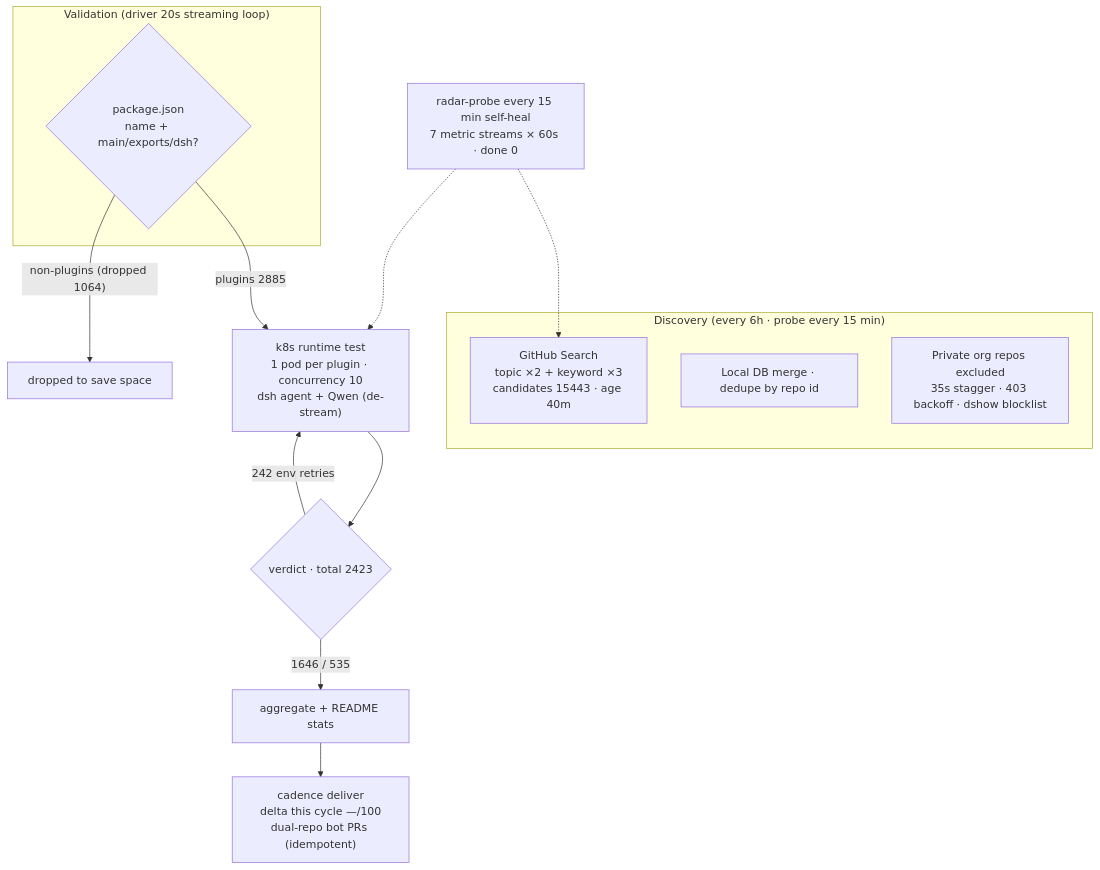
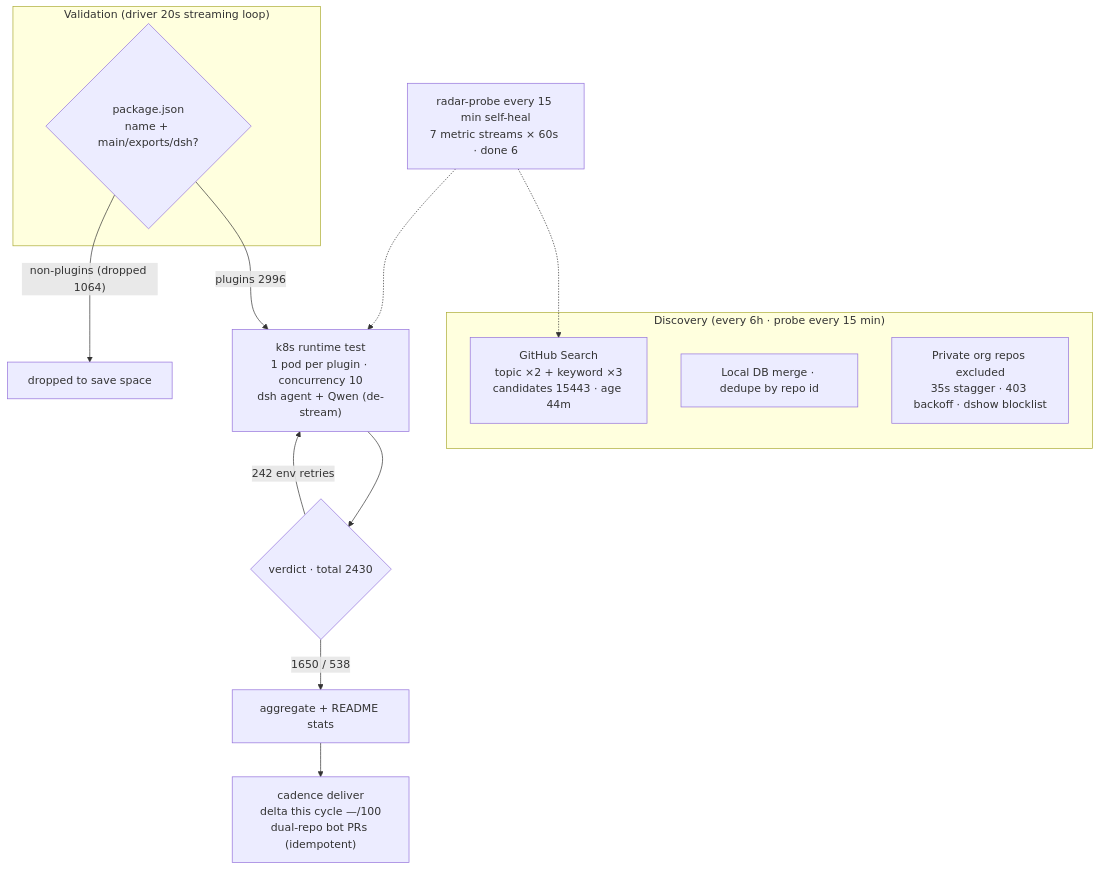
The diagram in README.en-US.md (AdamPlatin123/awesome-dsh-plugins), drawn with Mermaid before and after one commit. The commit also changed other lines of this file and 5 other files, not shown here.

````diff
--- a/README.en-US.md
+++ b/README.en-US.md
@@ -30,20 +30,20 @@
 ```mermaid
 flowchart TB
     subgraph Discovery["Discovery (every 6h · probe every 15 min)"]
-        A1["GitHub Search<br/>topic ×2 + keyword ×3<br/>candidates 15443 · age 40m"]
+        A1["GitHub Search<br/>topic ×2 + keyword ×3<br/>candidates 15443 · age 44m"]
         A2["Local DB merge · dedupe by repo id"]
         A3["Private org repos excluded<br/>35s stagger · 403 backoff · dshow blocklist"]
     end
     subgraph Validation["Validation (driver 20s streaming loop)"]
         B1{"package.json<br/>name + main/exports/dsh?"}
     end
-    B1 -->|"plugins 2885"| C1["k8s runtime test<br/>1 pod per plugin · concurrency 10<br/>dsh agent + Qwen (de-stream)"]
+    B1 -->|"plugins 2996"| C1["k8s runtime test<br/>1 pod per plugin · concurrency 10<br/>dsh agent + Qwen (de-stream)"]
     B1 -->|"non-plugins (dropped 1064)"| B3["dropped to save space"]
-    C1 --> D1{"verdict · total 2423"}
-    D1 -->|"1646 / 535"| E1["aggregate + README stats"]
+    C1 --> D1{"verdict · total 2430"}
+    D1 -->|"1650 / 538"| E1["aggregate + README stats"]
     D1 -->|"242 env retries"| C1
     E1 --> E2["cadence deliver<br/>delta this cycle —/100<br/>dual-repo bot PRs (idempotent)"]
-    M["radar-probe every 15 min self-heal<br/>7 metric streams × 60s · done 0"]
+    M["radar-probe every 15 min self-heal<br/>7 metric streams × 60s · done 6"]
     M -.-> A1
     M -.-> C1
 ```
````
